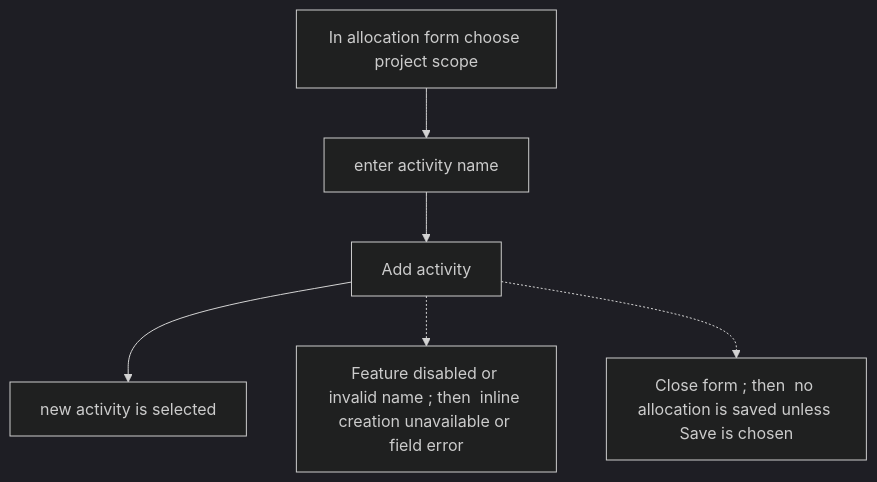
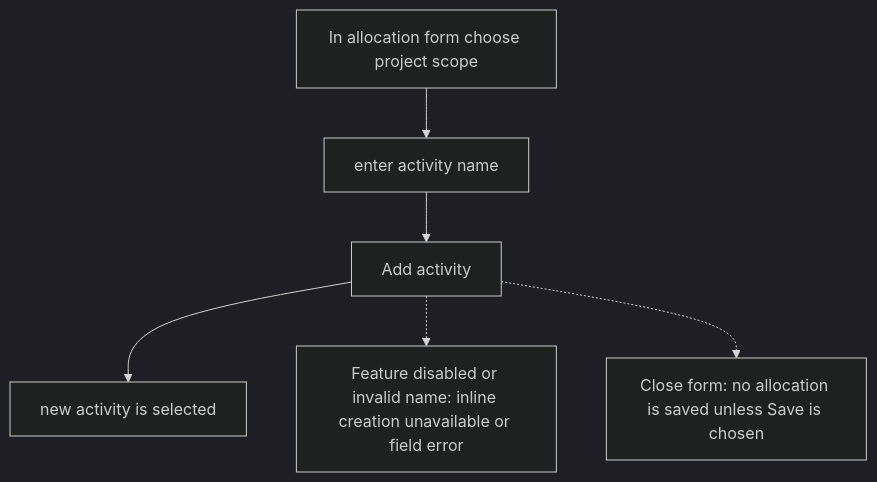
One commit to Kevinjohn/capacitylens changed the first of 2 diagrams in user-stories/allocation/US-ALL-05-add-activity-inline.md. Above: the diagram before and after it, drawn with Mermaid (dark theme). The commit also changed other lines of this file and 119 other files, not shown here.

First line of the commit message:
docs: correct story text and flow diagrams against current source

````diff
--- a/user-stories/allocation/US-ALL-05-add-activity-inline.md
+++ b/user-stories/allocation/US-ALL-05-add-activity-inline.md
@@ -21,14 +21,14 @@
 ```mermaid
 flowchart TD
   N1["In allocation form choose project scope"]
   N2["enter activity name"]
   N3["Add activity"]
   N4["new activity is selected"]
-  B1["Feature disabled or invalid name ; then  inline creation unavailable or field error"]
-  B2["Close form ; then  no allocation is saved unless Save is chosen"]
+  B1["Feature disabled or invalid name: inline creation unavailable or field error"]
+  B2["Close form: no allocation is saved unless Save is chosen"]
   N1 --> N2
   N2 --> N3
   N3 --> N4
   N3 -.-> B1
   N3 -.-> B2
 ```
````
